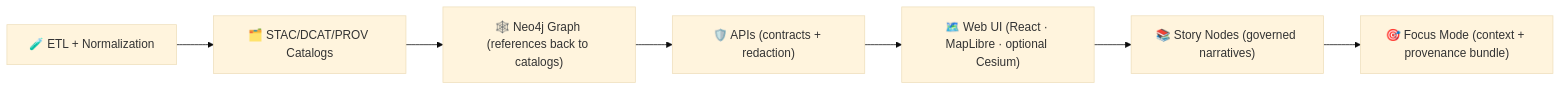
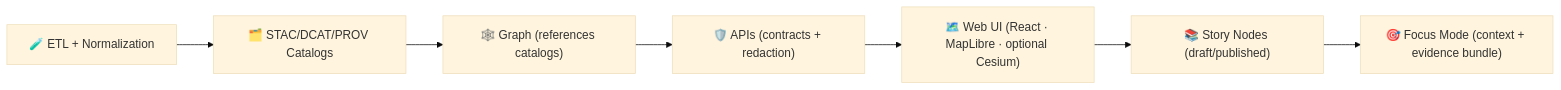
The diagram in pipelines/README.md (bartytime4life/Kansas-Frontier-Matrix), drawn with Mermaid (base theme) before and after one commit. The commit also changed other lines of this file, not shown here.

````diff
--- a/pipelines/README.md
+++ b/pipelines/README.md
@@ -128,9 +146,9 @@
 ```mermaid
 flowchart LR
   A["🧪 ETL + Normalization"] --> B["🗂️ STAC/DCAT/PROV Catalogs"]
-  B --> C["🕸️ Neo4j Graph (references back to catalogs)"]
+  B --> C["🕸️ Graph (references catalogs)"]
   C --> D["🛡️ APIs (contracts + redaction)"]
   D --> E["🗺️ Web UI (React · MapLibre · optional Cesium)"]
-  E --> F["📚 Story Nodes (governed narratives)"]
-  F --> G["🎯 Focus Mode (context + provenance bundle)"]
+  E --> F["📚 Story Nodes (draft/published)"]
+  F --> G["🎯 Focus Mode (context + evidence bundle)"]
 ```
````
